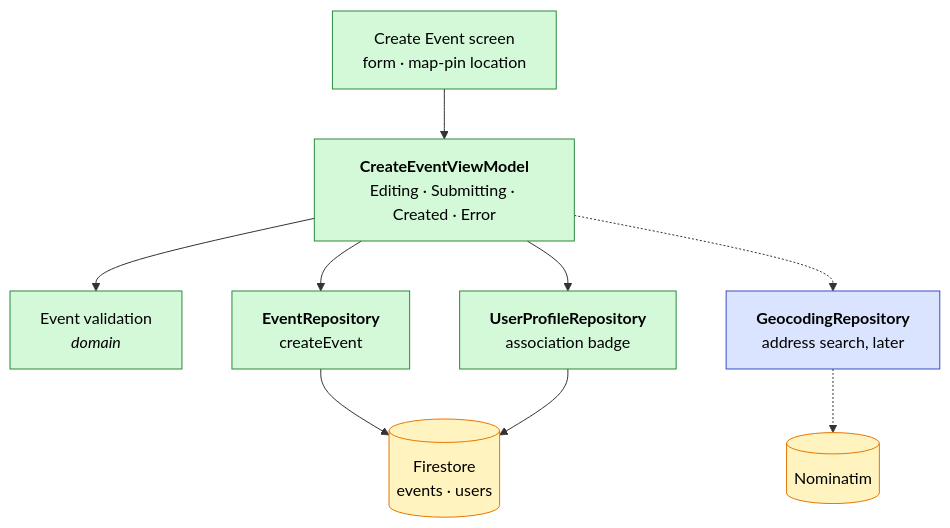
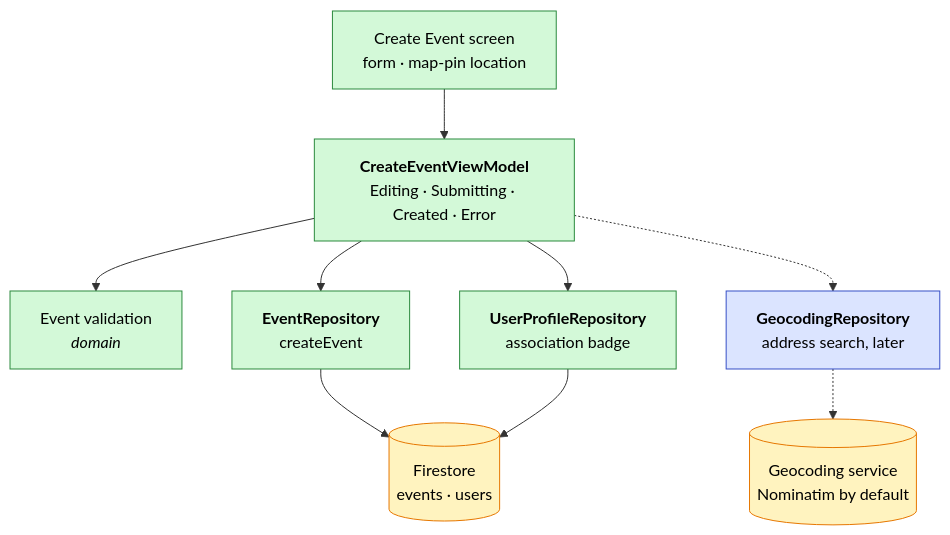
The fifth of 11 diagrams in docs/Architecture-Diagram.md (swent-polysocial/PolySocial), drawn with Mermaid before and after one commit. The commit also changed other lines of this file and 2 other files, not shown here.

First line of the commit message:
docs: address review on architecture page

````diff
--- a/docs/Architecture-Diagram.md
+++ b/docs/Architecture-Diagram.md
@@ -152,15 +153,15 @@
 ```mermaid
 flowchart TB
   classDef s1 fill:#d3f9d8,stroke:#2b8a3e,color:#000
   classDef pb fill:#dbe4ff,stroke:#364fc7,color:#000
   classDef ext fill:#fff3bf,stroke:#e67700,color:#000
 
   createS["Create Event screen<br/>form · map-pin location"]:::s1 --> createVM["<b>CreateEventViewModel</b><br/>Editing · Submitting · Created · Error"]:::s1
   createVM --> valid["Event validation<br/><i>domain</i>"]:::s1
   createVM --> ev["<b>EventRepository</b><br/>createEvent"]:::s1
   createVM --> prof["<b>UserProfileRepository</b><br/>association badge"]:::s1
   createVM -.-> geo["<b>GeocodingRepository</b><br/>address search, later"]:::pb
   ev --> fs[("Firestore<br/>events · users")]:::ext
   prof --> fs
-  geo -.-> nom[("Nominatim")]:::ext
+  geo -.-> nom[("Geocoding service<br/>Nominatim by default")]:::ext
 ```
````
